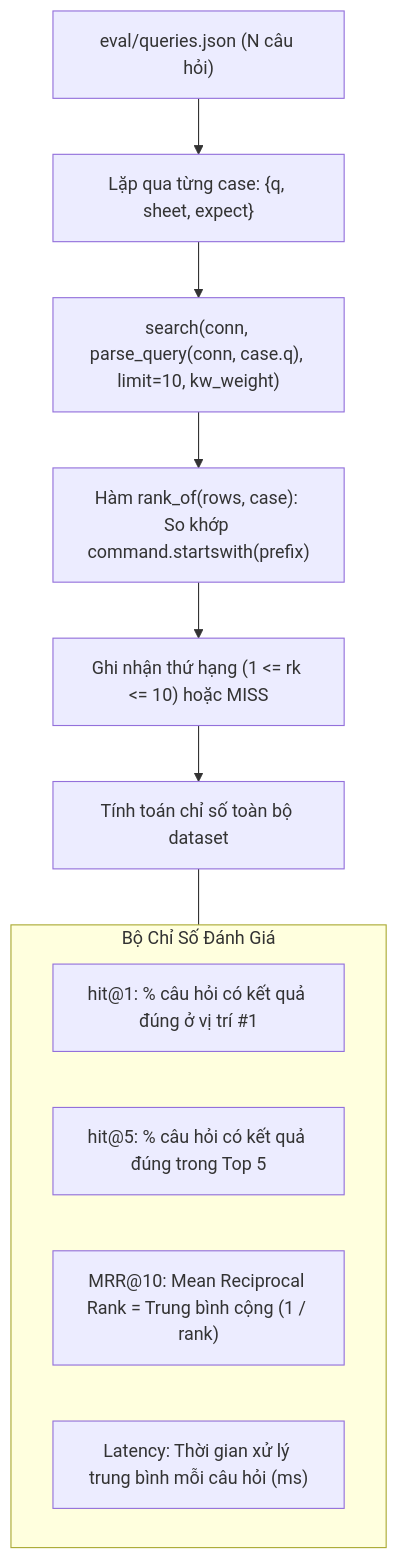
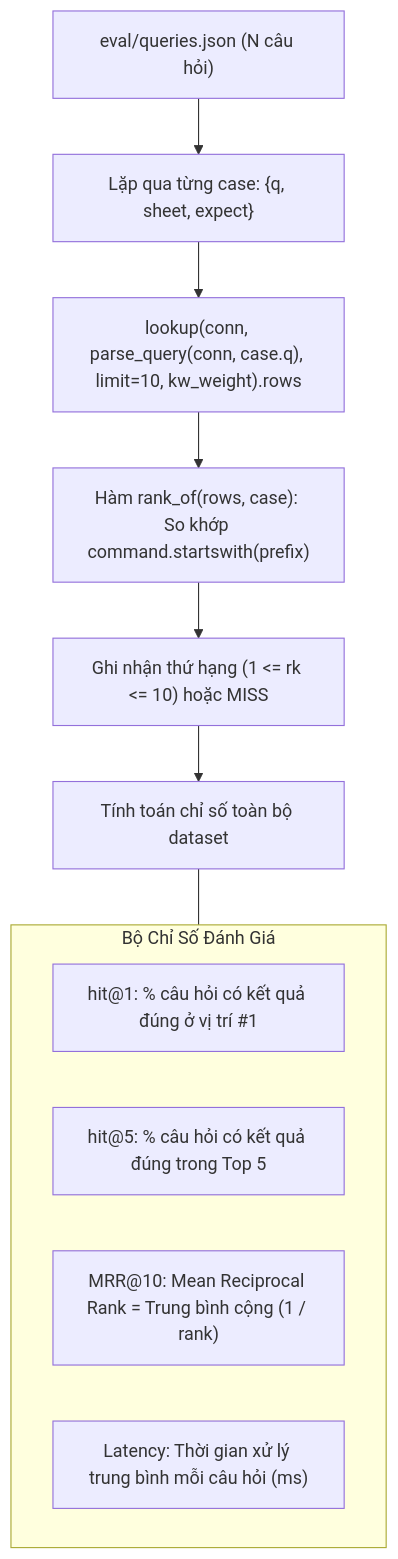
The diagram in docs/features/07-evaluation-benchmark.md (mihb123/cheatkeep), drawn with Mermaid before and after one commit. The commit also changed other lines of this file and 49 other files, not shown here.

````diff
--- a/docs/features/07-evaluation-benchmark.md
+++ b/docs/features/07-evaluation-benchmark.md
@@ -20,18 +20,18 @@
 ```mermaid
 flowchart TD
     Dataset["eval/queries.json (N câu hỏi)"] --> Loop["Lặp qua từng case: {q, sheet, expect}"]
     
-    Loop --> RunSearch["search(conn, parse_query(conn, case.q), limit=10, kw_weight)"]
+    Loop --> RunSearch["lookup(conn, parse_query(conn, case.q), limit=10, kw_weight).rows"]
     RunSearch --> RankEval["Hàm rank_of(rows, case): So khớp command.startswith(prefix)"]
     
     RankEval --> RankRecord["Ghi nhận thứ hạng (1 <= rk <= 10) hoặc MISS"]
     RankRecord --> Summary["Tính toán chỉ số toàn bộ dataset"]
     
     subgraph Metrics["Bộ Chỉ Số Đánh Giá"]
         M1["hit@1: % câu hỏi có kết quả đúng ở vị trí #1"]
         M2["hit@5: % câu hỏi có kết quả đúng trong Top 5"]
         M3["MRR@10: Mean Reciprocal Rank = Trung bình cộng (1 / rank)"]
         M4["Latency: Thời gian xử lý trung bình mỗi câu hỏi (ms)"]
     end
     Summary --- Metrics
 ```
````
